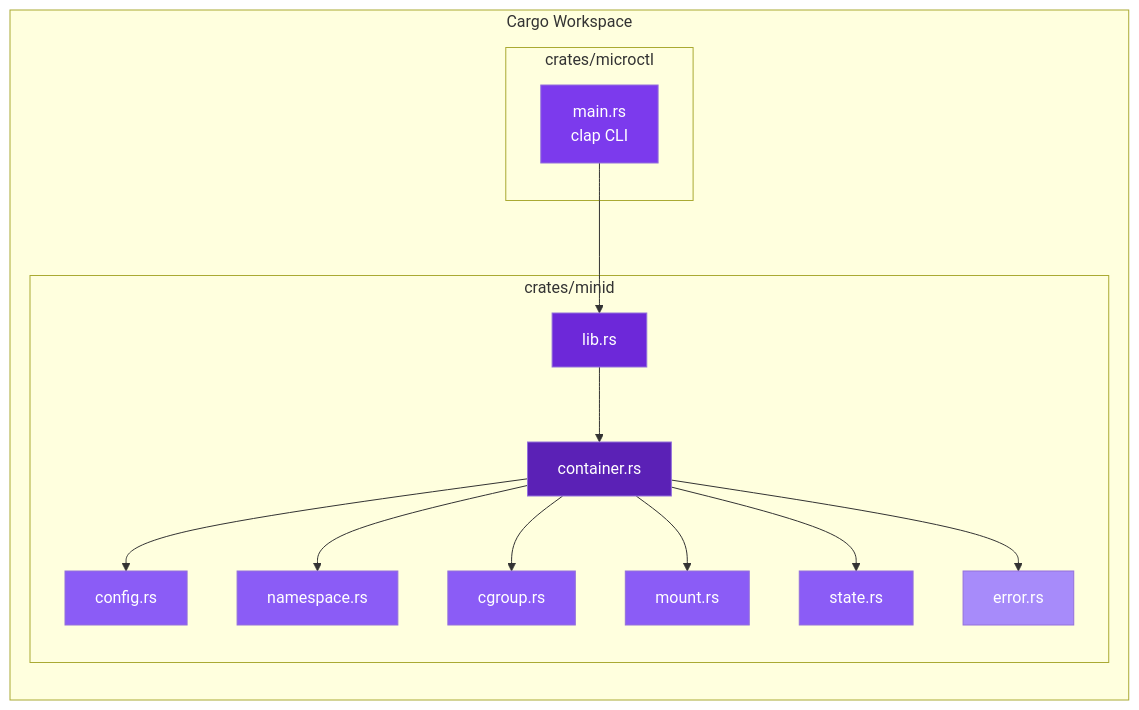
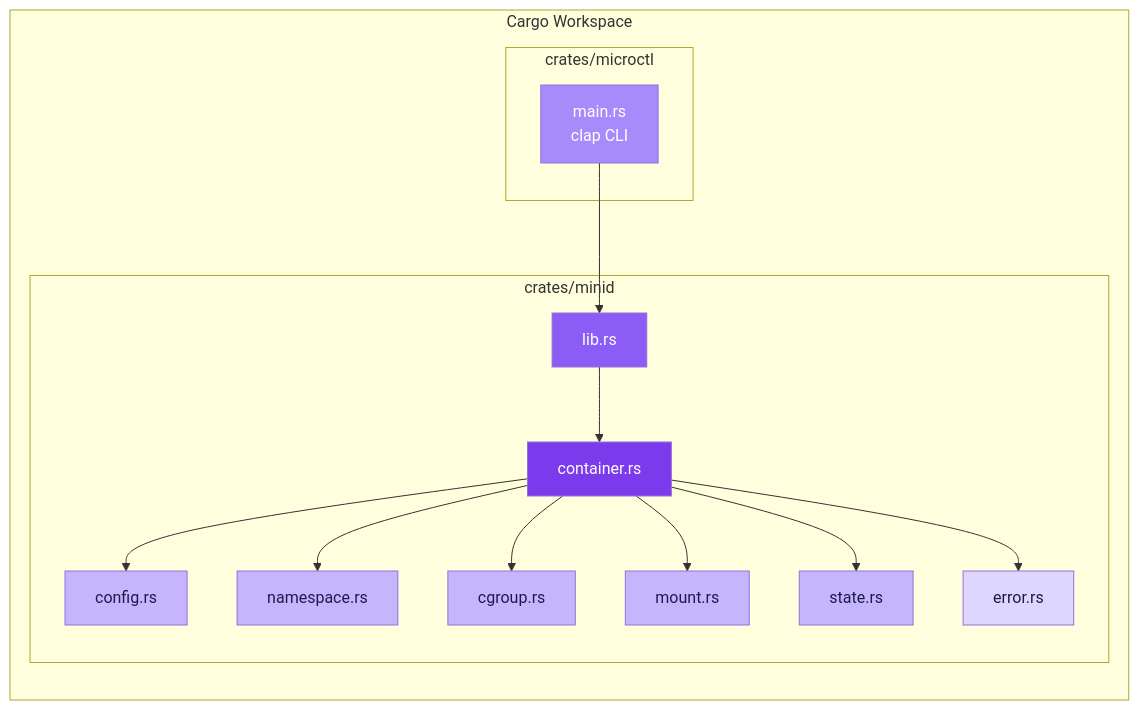
Before and after one commit to AndySchubert/minid: the first of 3 diagrams in docs/architecture.md, drawn with Mermaid. The commit also changed 4 other files, not shown here.

Commit message:
fix: brighten mermaid diagram colors, add acknowledgements

````diff
--- a/docs/architecture.md
+++ b/docs/architecture.md
@@ -11,37 +11,37 @@
 ```mermaid
 graph LR
     subgraph "Cargo Workspace"
         subgraph "crates/microctl"
             MAIN["main.rs<br/>clap CLI"]
         end
         subgraph "crates/minid"
             LIB["lib.rs"]
             ERR["error.rs"]
             CFG["config.rs"]
             ST["state.rs"]
             CTR["container.rs"]
             NS["namespace.rs"]
             CG["cgroup.rs"]
             MT["mount.rs"]
         end
     end
 
     MAIN --> LIB
     LIB --> CTR
     CTR --> CFG
     CTR --> NS
     CTR --> CG
     CTR --> MT
     CTR --> ST
     CTR --> ERR
 
-    style MAIN fill:#7c3aed,color:#fff
-    style LIB fill:#6d28d9,color:#fff
-    style CTR fill:#5b21b6,color:#fff
-    style CFG fill:#8b5cf6,color:#fff
-    style NS fill:#8b5cf6,color:#fff
-    style CG fill:#8b5cf6,color:#fff
-    style MT fill:#8b5cf6,color:#fff
-    style ST fill:#8b5cf6,color:#fff
-    style ERR fill:#a78bfa,color:#fff
+    style MAIN fill:#a78bfa,color:#fff
+    style LIB fill:#8b5cf6,color:#fff
+    style CTR fill:#7c3aed,color:#fff
+    style CFG fill:#c4b5fd,color:#1e1b4b
+    style NS fill:#c4b5fd,color:#1e1b4b
+    style CG fill:#c4b5fd,color:#1e1b4b
+    style MT fill:#c4b5fd,color:#1e1b4b
+    style ST fill:#c4b5fd,color:#1e1b4b
+    style ERR fill:#ddd6fe,color:#1e1b4b
 ```
````
